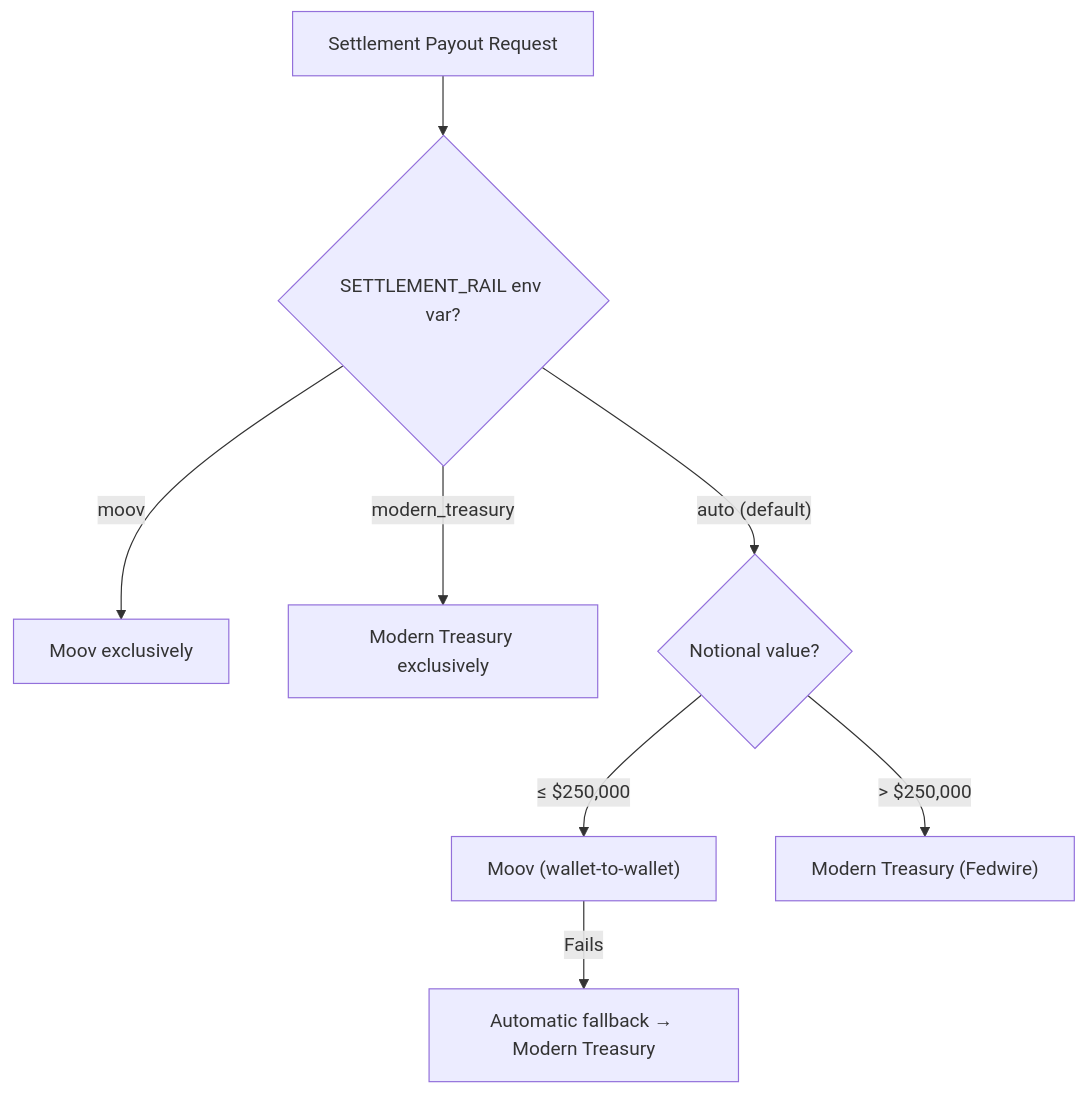
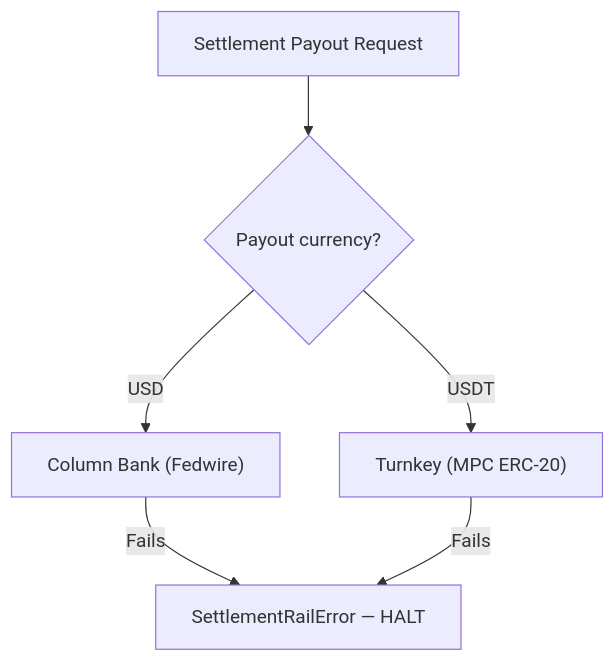
One commit to bbarnes4318/aurumshield changed the second of 3 diagrams in docs/buyer-journey.md. Above: the diagram before and after it, drawn with Mermaid. The commit also changed other lines of this file and 80 other files, not shown here.

````diff
--- a/docs/buyer-journey.md
+++ b/docs/buyer-journey.md
@@ -349,10 +369,8 @@
 ```mermaid
 flowchart TD
-  A["Settlement Payout Request"] --> B{"SETTLEMENT_RAIL env var?"}
-  B -->|"moov"| C["Moov exclusively"]
-  B -->|"modern_treasury"| D["Modern Treasury exclusively"]
-  B -->|"auto (default)"| E{"Notional value?"}
-  E -->|"≤ $250,000"| F["Moov (wallet-to-wallet)"]
-  E -->|"> $250,000"| G["Modern Treasury (Fedwire)"]
-  F -->|"Fails"| H["Automatic fallback → Modern Treasury"]
+  A["Settlement Payout Request"] --> B{"Payout currency?"}
+  B -->|"USD"| C["Column Bank (Fedwire)"]
+  B -->|"USDT"| D["Turnkey (MPC ERC-20)"]
+  C -->|"Fails"| E["SettlementRailError — HALT"]
+  D -->|"Fails"| E
 ```
````
